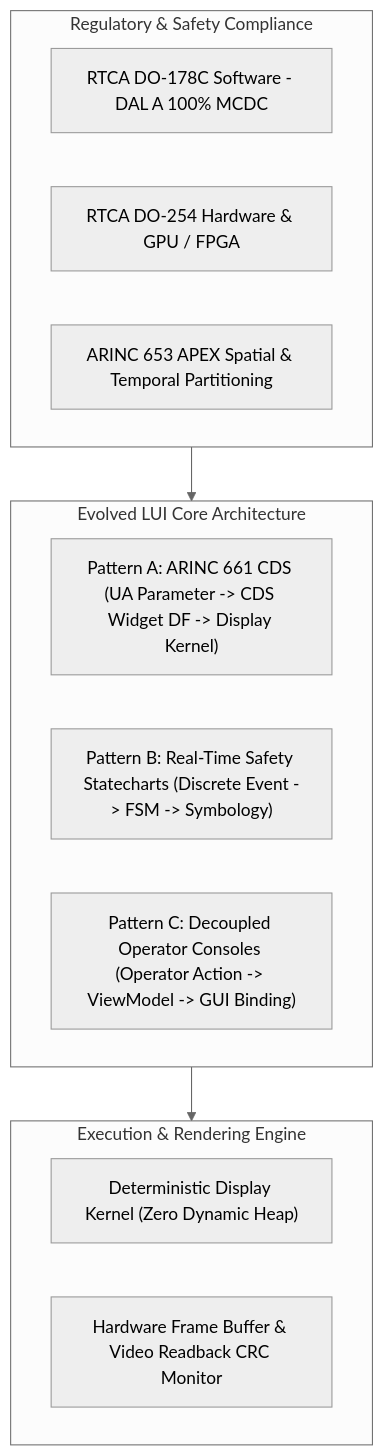
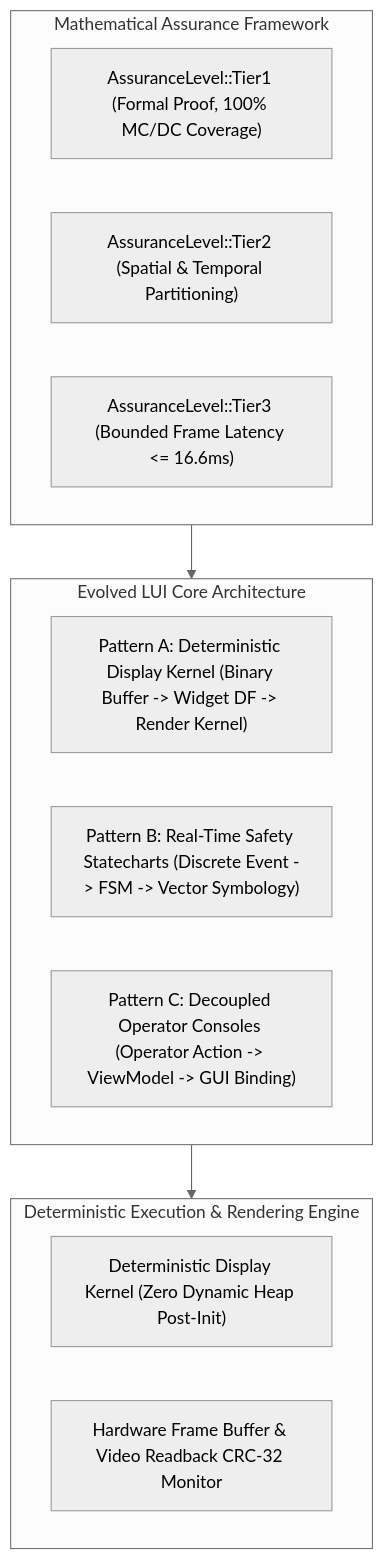
Before and after one commit to gintatkinson/DEAP01-spec-core: the first of 6 diagrams in docs/architecture/blueprints/SAFETY_CRITICAL_REALTIME_UI_FRAMEWORK.md, drawn with Mermaid (neutral theme). The commit also changed other lines of this file and 34 other files, not shown here.

Commit message:
docs(architecture): decontaminate reference blueprints and establish master execution plan (refs #405, refs #406)

````diff
--- a/docs/architecture/blueprints/SAFETY_CRITICAL_REALTIME_UI_FRAMEWORK.md
+++ b/docs/architecture/blueprints/SAFETY_CRITICAL_REALTIME_UI_FRAMEWORK.md
@@ -22,22 +43,22 @@
 ```mermaid
 flowchart TD
-    subgraph Regulatory ["Regulatory & Safety Compliance"]
-        DO178C["RTCA DO-178C Software - DAL A 100% MCDC"]
-        DO254["RTCA DO-254 Hardware & GPU / FPGA"]
-        A653["ARINC 653 APEX Spatial & Temporal Partitioning"]
+    subgraph AssuranceTier ["Mathematical Assurance Framework"]
+        Tier1["AssuranceLevel::Tier1 (Formal Proof, 100% MC/DC Coverage)"]
+        Tier2["AssuranceLevel::Tier2 (Spatial & Temporal Partitioning)"]
+        Tier3["AssuranceLevel::Tier3 (Bounded Frame Latency <= 16.6ms)"]
     end
 
     subgraph Architecture ["Evolved LUI Core Architecture"]
-        PatA["Pattern A: ARINC 661 CDS (UA Parameter -> CDS Widget DF -> Display Kernel)"]
-        PatB["Pattern B: Real-Time Safety Statecharts (Discrete Event -> FSM -> Symbology)"]
+        PatA["Pattern A: Deterministic Display Kernel (Binary Buffer -> Widget DF -> Render Kernel)"]
+        PatB["Pattern B: Real-Time Safety Statecharts (Discrete Event -> FSM -> Vector Symbology)"]
         PatC["Pattern C: Decoupled Operator Consoles (Operator Action -> ViewModel -> GUI Binding)"]
     end
 
-    subgraph Hardware ["Execution & Rendering Engine"]
-        DisplayKernel["Deterministic Display Kernel (Zero Dynamic Heap)"]
-        FrameBuffer["Hardware Frame Buffer & Video Readback CRC Monitor"]
+    subgraph Hardware ["Deterministic Execution & Rendering Engine"]
+        DisplayKernel["Deterministic Display Kernel (Zero Dynamic Heap Post-Init)"]
+        FrameBuffer["Hardware Frame Buffer & Video Readback CRC-32 Monitor"]
     end
 
-    Regulatory --> Architecture
+    AssuranceTier --> Architecture
     Architecture --> Hardware
 ```
````
